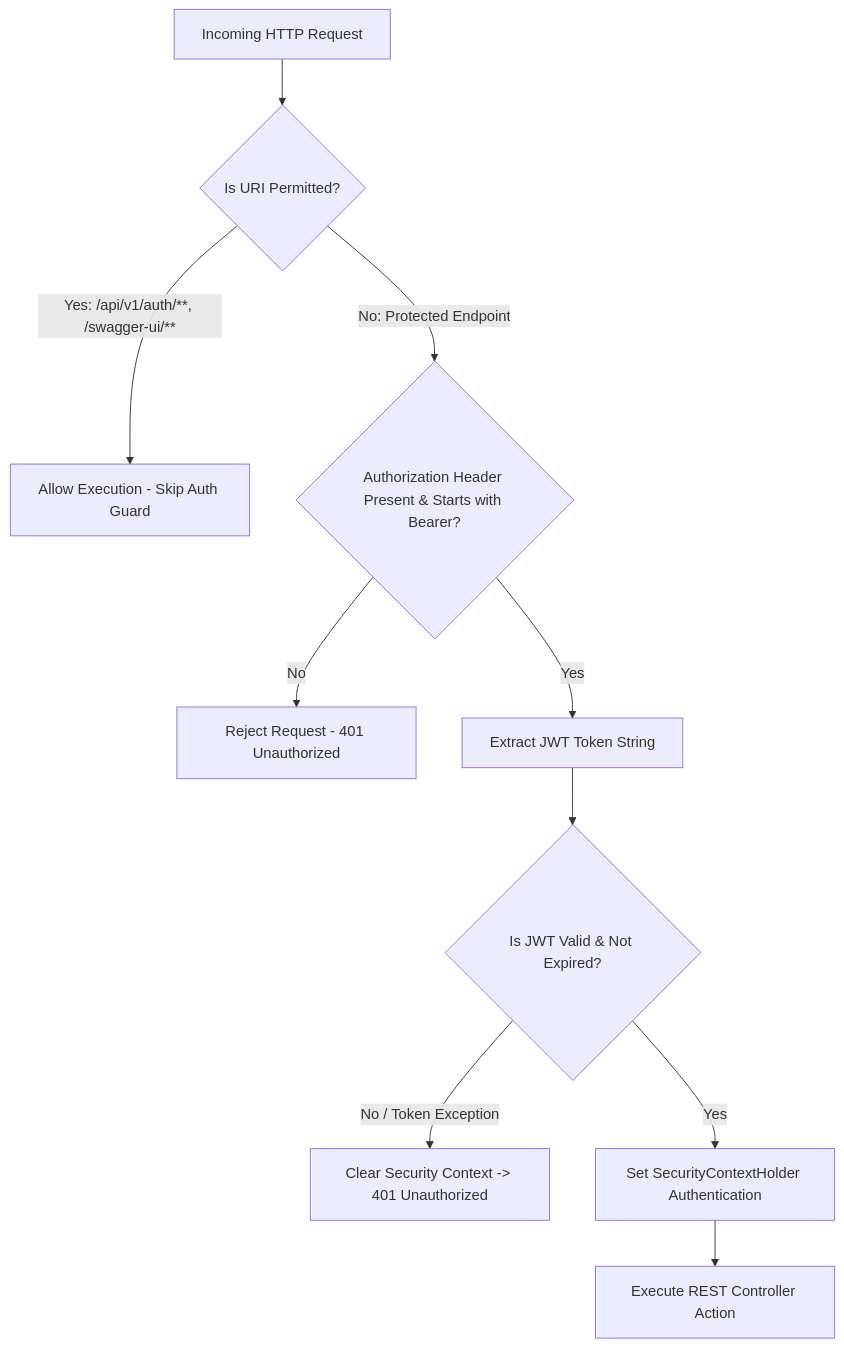
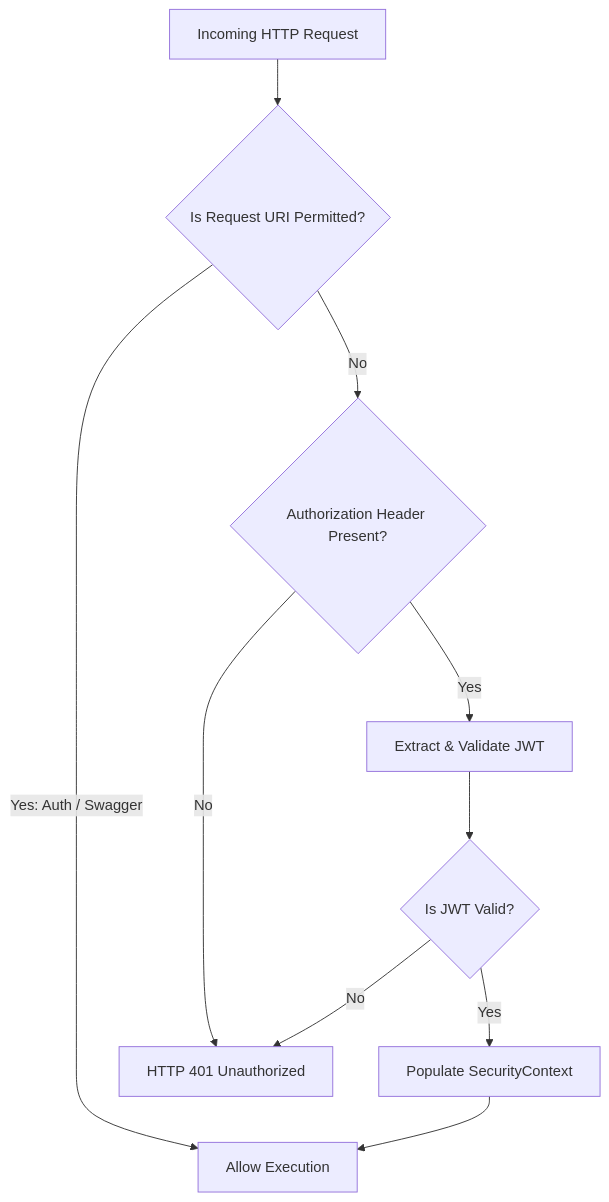
One commit to Amitgupta0001/amazon-scale-backend changed the third of 6 diagrams in docs/Security.md. Above: the diagram before and after it, drawn with Mermaid. The commit also changed other lines of this file and 26 other files, not shown here.

Commit message:
docs: document project architecture, API, security, database, and modules

````diff
--- a/docs/Security.md
+++ b/docs/Security.md
@@ -86,12 +135,12 @@
 ```mermaid
 flowchart TD
-    Req[Incoming HTTP Request] --> MatchPermit{Is URI Permitted?}
-    MatchPermit -->|Yes: /api/v1/auth/**, /swagger-ui/**| PassPublic[Allow Execution - Skip Auth Guard]
-    MatchPermit -->|No: Protected Endpoint| CheckHeader{Authorization Header Present & Starts with Bearer?}
-    CheckHeader -->|No| RejectAuth[Reject Request - 401 Unauthorized]
-    CheckHeader -->|Yes| ExtractToken[Extract JWT Token String]
-    ExtractToken --> ValidToken{Is JWT Valid & Not Expired?}
-    ValidToken -->|No / Token Exception| ClearCtx[Clear Security Context -> 401 Unauthorized]
-    ValidToken -->|Yes| SetAuth[Set SecurityContextHolder Authentication]
-    SetAuth --> ExecController[Execute REST Controller Action]
+    Req[Incoming HTTP Request] --> CheckPermit{Is Request URI Permitted?}
+    CheckPermit -->|Yes: Auth / Swagger| Allow[Allow Execution]
+    CheckPermit -->|No| CheckHeader{Authorization Header Present?}
+    CheckHeader -->|No| Deny[HTTP 401 Unauthorized]
+    CheckHeader -->|Yes| ParseJWT[Extract & Validate JWT]
+    ParseJWT --> Valid{Is JWT Valid?}
+    Valid -->|No| Deny
+    Valid -->|Yes| PopulateCtx[Populate SecurityContext]
+    PopulateCtx --> Allow
 ```
````
